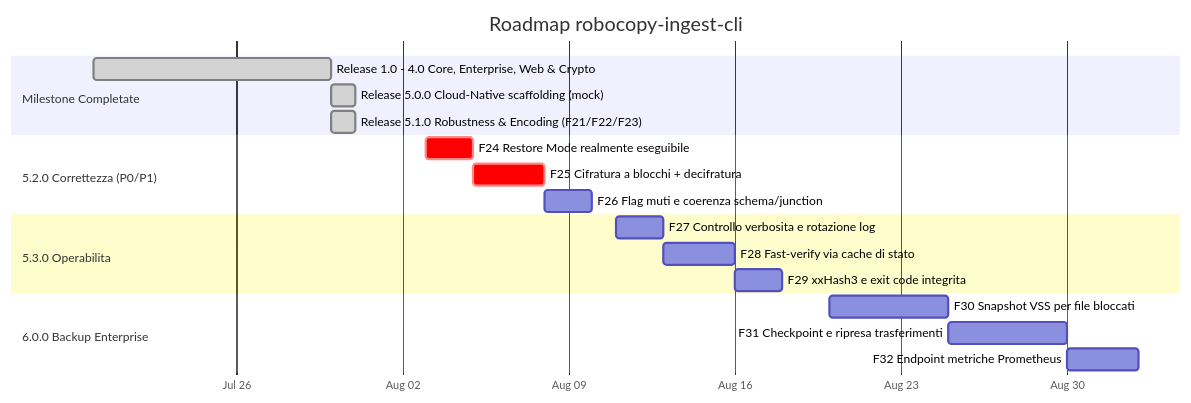
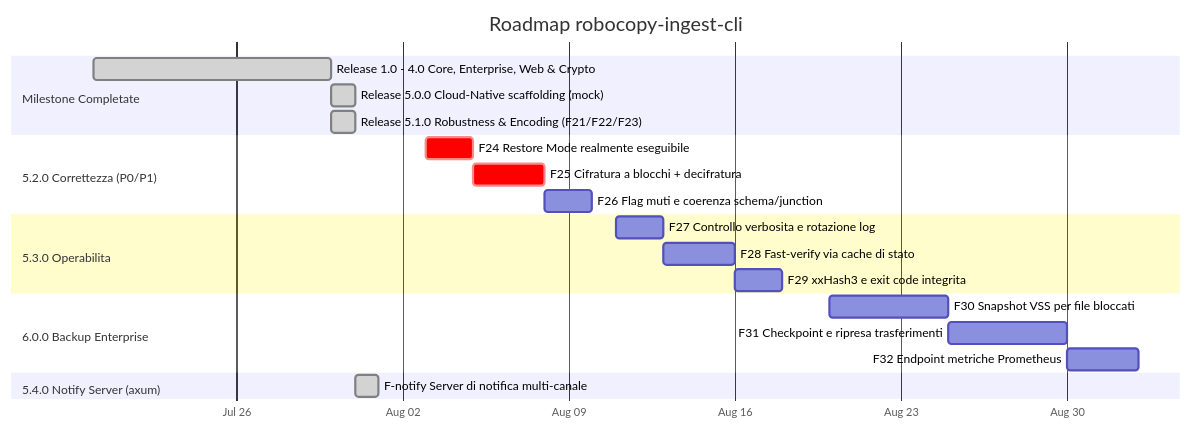
The diagram in ROADMAP.md (matrixNeo76/rustcopy), drawn with Mermaid before and after one commit. The commit also changed other lines of this file and 21 other files, not shown here.

````diff
--- a/ROADMAP.md
+++ b/ROADMAP.md
@@ -10,26 +11,29 @@
 ```mermaid
 gantt
     title Roadmap robocopy-ingest-cli
     dateFormat YYYY-MM-DD
     axisFormat %b %d
 
     section Milestone Completate
     Release 1.0 - 4.0 Core, Enterprise, Web & Crypto :done, m1, 2026-07-20, 10d
     Release 5.0.0 Cloud-Native scaffolding (mock)     :done, m2, 2026-07-30, 1d
     Release 5.1.0 Robustness & Encoding (F21/F22/F23) :done, m3, 2026-07-30, 1d
 
     section 5.2.0 Correttezza (P0/P1)
     F24 Restore Mode realmente eseguibile             :crit, f24, 2026-08-03, 2d
     F25 Cifratura a blocchi + decifratura             :crit, f25, 2026-08-05, 3d
     F26 Flag muti e coerenza schema/junction          :f26, 2026-08-08, 2d
 
     section 5.3.0 Operabilita
     F27 Controllo verbosita e rotazione log           :f27, 2026-08-11, 2d
     F28 Fast-verify via cache di stato                :f28, 2026-08-13, 3d
     F29 xxHash3 e exit code integrita                 :f29, 2026-08-16, 2d
 
     section 6.0.0 Backup Enterprise
     F30 Snapshot VSS per file bloccati                :f30, 2026-08-20, 5d
     F31 Checkpoint e ripresa trasferimenti            :f31, 2026-08-25, 5d
     F32 Endpoint metriche Prometheus                  :f32, 2026-08-30, 3d
+
+    section 5.4.0 Notify Server (axum)
+    F-notify Server di notifica multi-canale          :done, fns, 2026-07-31, 1d
 ```
````
